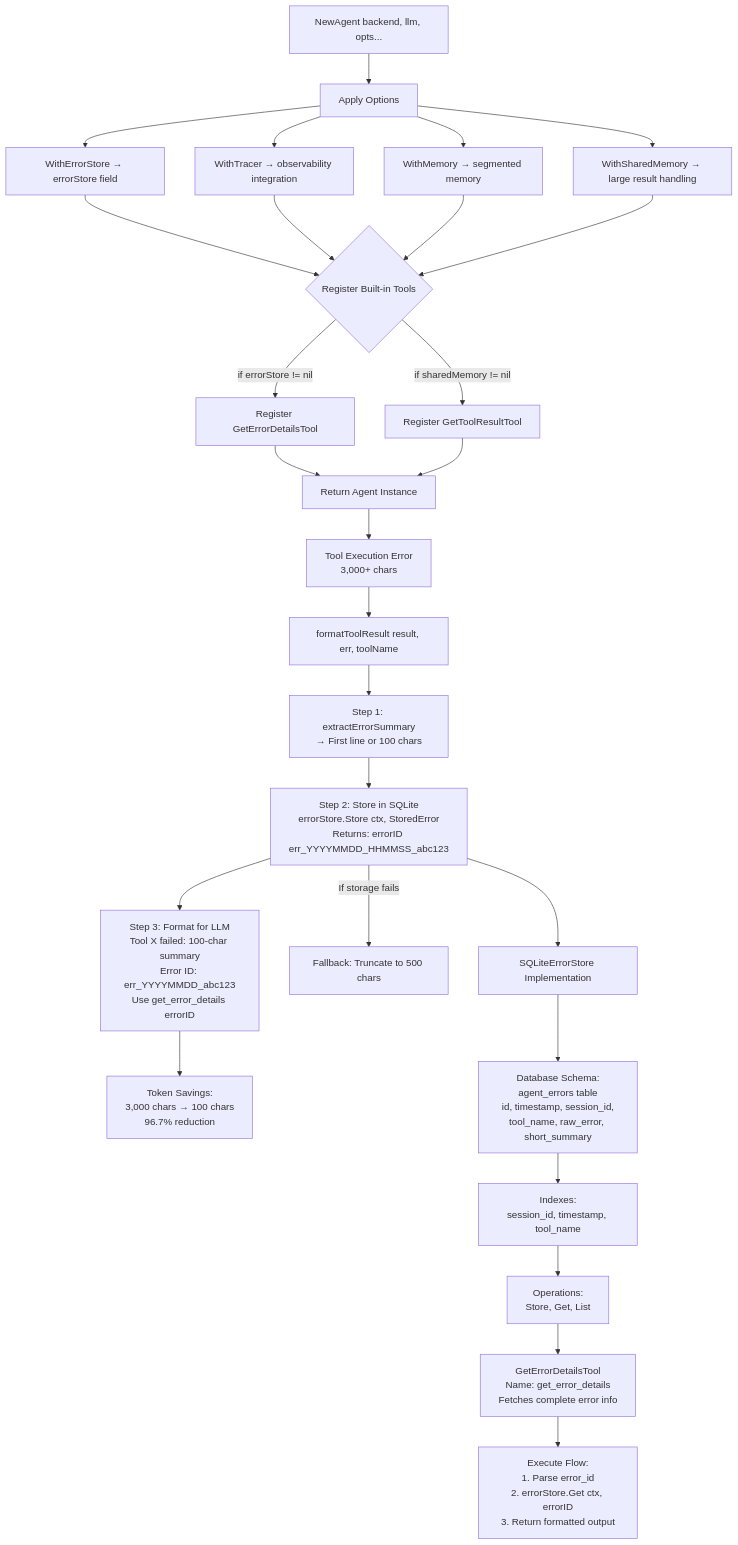
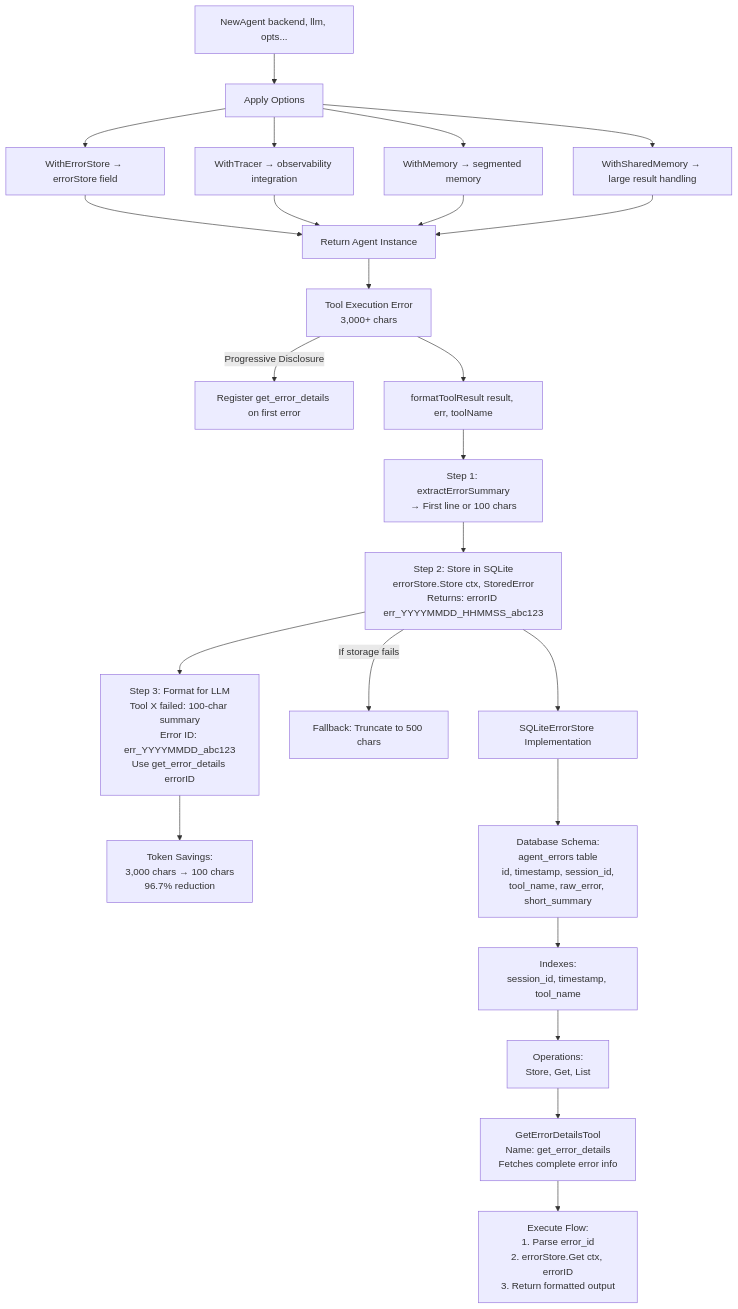
One commit to teradata-labs/loom changed the second of 6 diagrams in docs/architecture/agent-runtime.md. Above: the diagram before and after it, drawn with Mermaid. The commit also changed other lines of this file and 151 other files, not shown here.

First line of the commit message:
feat: salience-driven graph memory system (#133)

````diff
--- a/docs/architecture/agent-runtime.md
+++ b/docs/architecture/agent-runtime.md
@@ -104,48 +104,43 @@
 ```mermaid
 flowchart TD
     Start[NewAgent backend, llm, opts...]
 
     Start --> ApplyOpts[Apply Options]
 
     ApplyOpts --> WithErrorStore[WithErrorStore → errorStore field]
     ApplyOpts --> WithTracer[WithTracer → observability integration]
     ApplyOpts --> WithMemory[WithMemory → segmented memory]
     ApplyOpts --> WithSharedMem[WithSharedMemory → large result handling]
 
-    WithErrorStore --> RegisterTools{Register Built-in Tools}
-    WithTracer --> RegisterTools
-    WithMemory --> RegisterTools
-    WithSharedMem --> RegisterTools
-
-    RegisterTools -->|if errorStore != nil| RegErrorTool[Register GetErrorDetailsTool]
-    RegisterTools -->|if sharedMemory != nil| RegResultTool[Register GetToolResultTool]
-
-    RegErrorTool --> ReturnAgent[Return Agent Instance]
-    RegResultTool --> ReturnAgent
+    WithErrorStore --> ReturnAgent[Return Agent Instance]
+    WithTracer --> ReturnAgent
+    WithMemory --> ReturnAgent
+    WithSharedMem --> ReturnAgent
 
     ReturnAgent --> ToolError[Tool Execution Error<br/>3,000+ chars]
+    ToolError -->|Progressive Disclosure| RegErrorTool[Register get_error_details on first error]
 
     ToolError --> FormatResult[formatToolResult result, err, toolName]
 
     FormatResult --> ExtractSummary[Step 1: extractErrorSummary<br/>→ First line or 100 chars]
 
     ExtractSummary --> StoreSQLite[Step 2: Store in SQLite<br/>errorStore.Store ctx, StoredError<br/>Returns: errorID err_YYYYMMDD_HHMMSS_abc123]
 
     StoreSQLite --> FormatLLM[Step 3: Format for LLM<br/>Tool X failed: 100-char summary<br/>Error ID: err_YYYYMMDD_abc123<br/>Use get_error_details errorID]
 
     StoreSQLite -->|If storage fails| Fallback[Fallback: Truncate to 500 chars]
 
     FormatLLM --> TokenSaving[Token Savings:<br/>3,000 chars → 100 chars<br/>96.7% reduction]
 
     StoreSQLite --> SQLiteStore[SQLiteErrorStore Implementation]
 
     SQLiteStore --> Schema[Database Schema:<br/>agent_errors table<br/>id, timestamp, session_id,<br/>tool_name, raw_error, short_summary]
 
     Schema --> Indexes[Indexes:<br/>session_id, timestamp, tool_name]
 
     Indexes --> Ops[Operations:<br/>Store, Get, List]
 
     Ops --> GetTool[GetErrorDetailsTool<br/>Name: get_error_details<br/>Fetches complete error info]
 
     GetTool --> ToolFlow[Execute Flow:<br/>1. Parse error_id<br/>2. errorStore.Get ctx, errorID<br/>3. Return formatted output]
 ```
````
